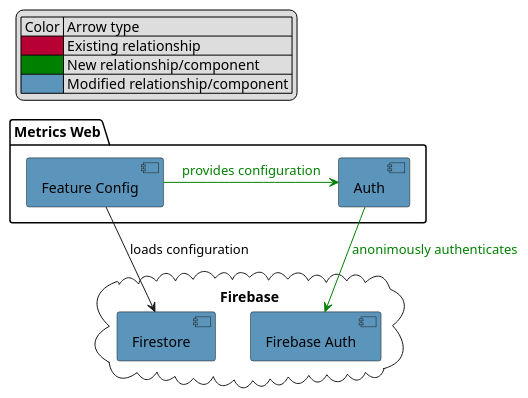
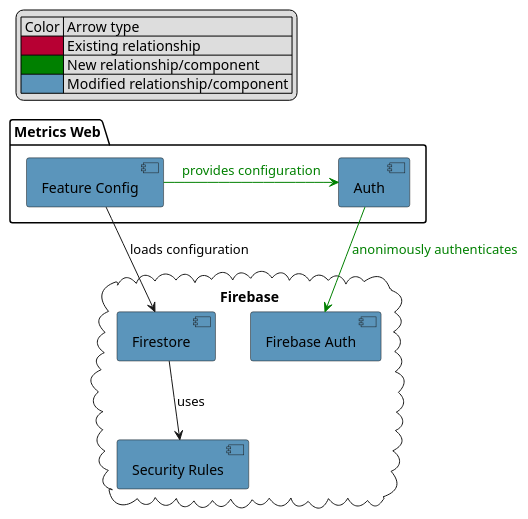
The diagram in metrics/web/docs/features/public_dashboard/diagrams/public_dashboard_components.puml (Flank/flank-dashboard), drawn with PlantUML before and after one commit. The commit also changed 1 other file, not shown here.

```diff
--- a/metrics/web/docs/features/public_dashboard/diagrams/public_dashboard_components.puml
+++ b/metrics/web/docs/features/public_dashboard/diagrams/public_dashboard_components.puml
@@ -1,26 +1,29 @@
 @startuml public_dashboard_components
 
 legend top left
     | Color | Arrow type |
     |<#B70033>| Existing relationship |
     |<#Green>| New relationship/component |
     |<#5B95BB>| Modified relationship/component |
 endlegend
 
 
 package "Metrics Web" {
     component "Auth" as auth #5B95BB
     component "Feature Config" as feature_config #5B95BB
 }
 
 cloud "Firebase" {
     component "Firestore" as firestore #5B95BB
+    component "Security Rules" as rules #5B95BB
     component "Firebase Auth" as firebase_auth #5B95BB
 }
 
 feature_config --> firestore : loads configuration
 feature_config -[#Green]right-> auth : <color:green>provides configuration
 
 auth -[#Green]-> firebase_auth : <color:green>anonimously authenticates
 
+firestore --> rules : uses
+
 @enduml
```
